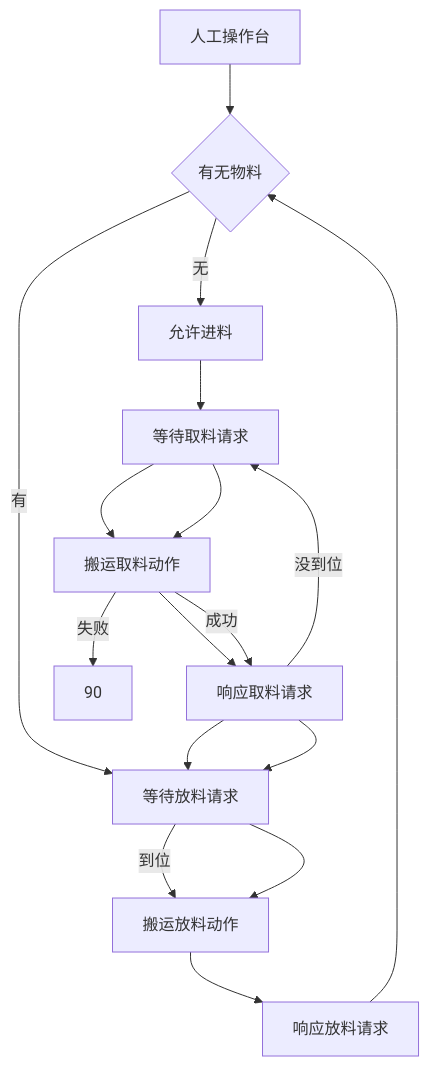
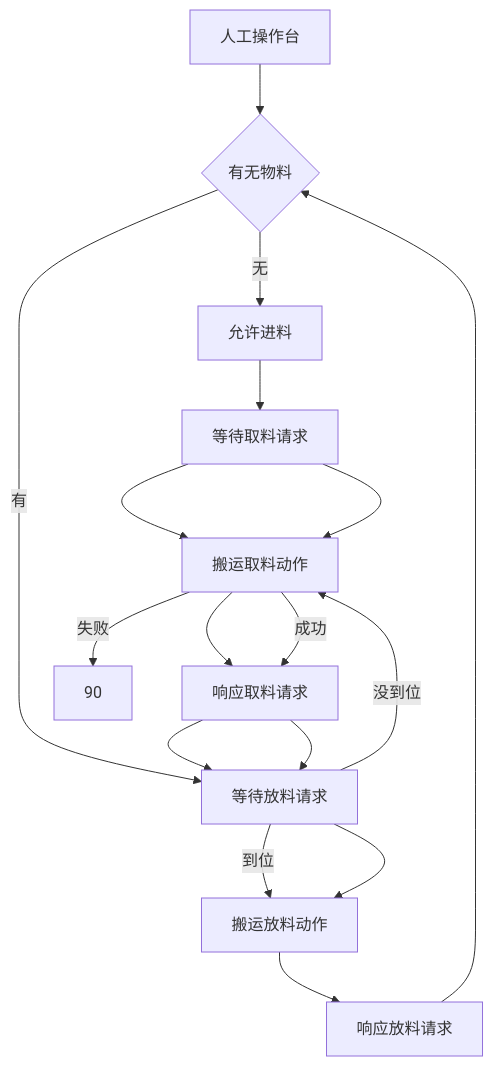
The diagram in all/未命名-4.md (PengKun1/iodraw-files), drawn with Mermaid before and after one commit.

Commit message:
2024-12-20 14:48:28 update

````diff
--- a/all/未命名-4.md
+++ b/all/未命名-4.md
@@ -1,19 +1,19 @@
 ```mermaid
 graph TD
 0[人工操作台]-->10
 10{有无物料}-->|无|20
 10-->|有|60
 20[允许进料]-->30
 30[前工位出料中]-->40
 40[电机启动]-->50
 50[电机减速]-->60
 60{是否到位}-->|到位|70
-50-->|没到位|30
+60-->|没到位|40
 30[等待取料请求]-->40
 40[搬运取料动作]-->|成功|50
 40-->|失败|90
 50[响应取料请求]-->60
 60[等待放料请求]-->70
 70[搬运放料动作]-->80
 80[响应放料请求]-->10
 ```
````
